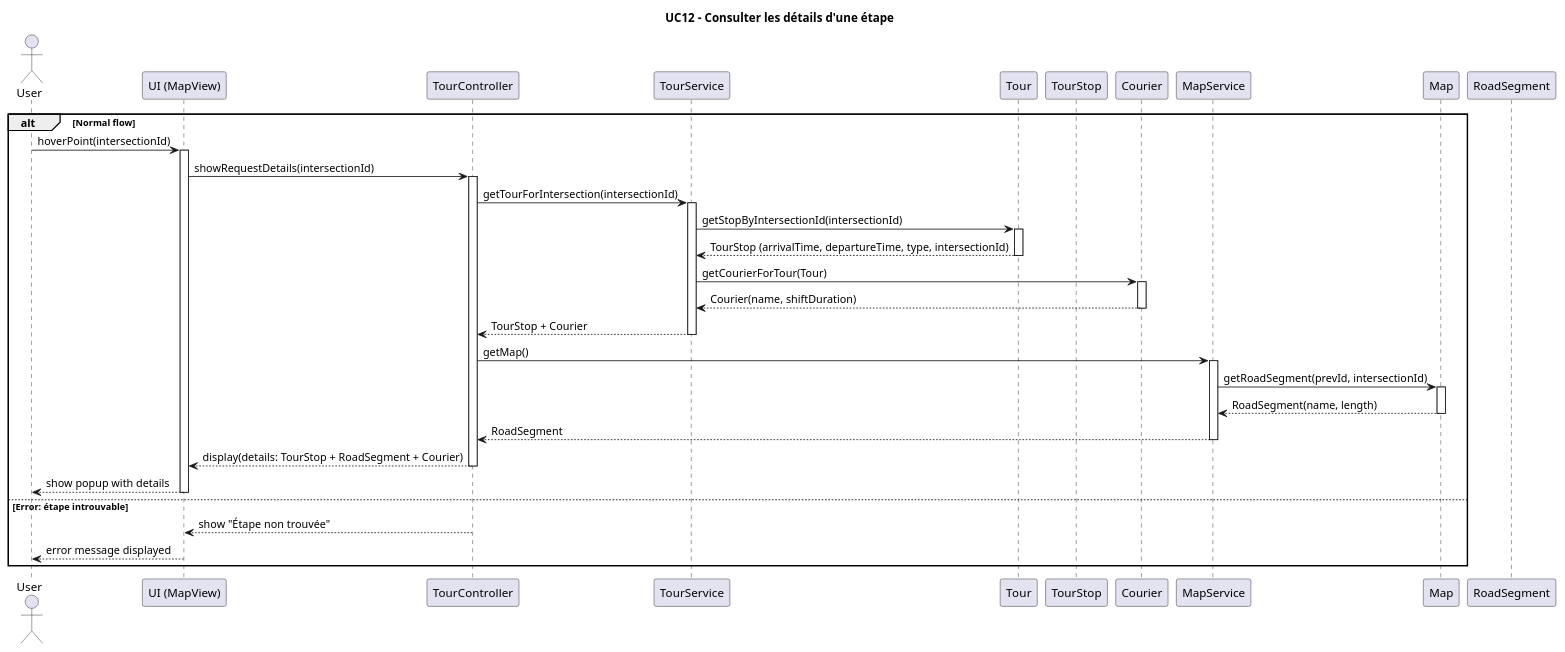
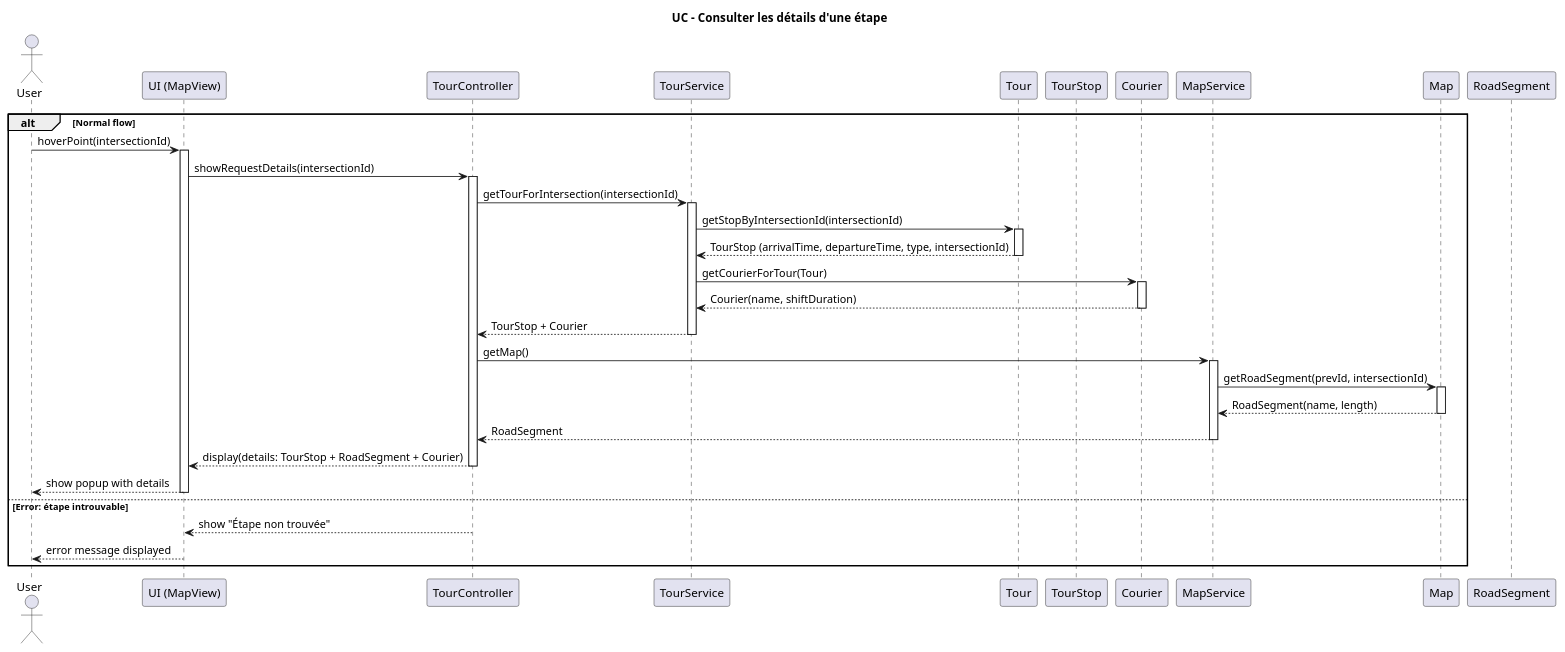
Before and after one commit to enzo-dosanjos/Pickup_Delivery_App: the diagram in diagrams/diagramUC12.plantuml, drawn with PlantUML. The commit also changed 9 other files, not shown here.

```diff
--- a/diagrams/diagramUC12.plantuml
+++ b/diagrams/diagramUC12.plantuml
@@ -1,55 +1,55 @@
 @startuml
-title UC12 – Consulter les détails d'une étape 
+title UC – Consulter les détails d'une étape 
 
 actor User
 participant "UI (MapView)" as UI
 participant "TourController" as TC
 participant "TourService" as TS
 participant "Tour" as T
 participant "TourStop" as TSStop
 participant "Courier" as C
 participant "MapService" as MS
 participant "Map" as MAP
 participant "RoadSegment" as RS
 
 alt Normal flow
     User -> UI : hoverPoint(intersectionId)
     activate UI
 
     UI -> TC : showRequestDetails(intersectionId)
     activate TC
 
     TC -> TS : getTourForIntersection(intersectionId)
     activate TS
         TS -> T : getStopByIntersectionId(intersectionId)
         activate T
         T --> TS : TourStop (arrivalTime, departureTime, type, intersectionId)
         deactivate T
 
         TS -> C : getCourierForTour(Tour)
         activate C
         C --> TS : Courier(name, shiftDuration)
         deactivate C
     TS --> TC : TourStop + Courier
     deactivate TS
 
     TC -> MS : getMap()
     activate MS
         MS -> MAP : getRoadSegment(prevId, intersectionId)
         activate MAP
         MAP --> MS : RoadSegment(name, length)
         deactivate MAP
     MS --> TC : RoadSegment
     deactivate MS
 
     TC --> UI : display(details: TourStop + RoadSegment + Courier)
     deactivate TC
 
     UI --> User : show popup with details
     deactivate UI
 
 else Error: étape introuvable
     TC --> UI : show "Étape non trouvée"
     UI --> User : error message displayed
 end
 @enduml
```
